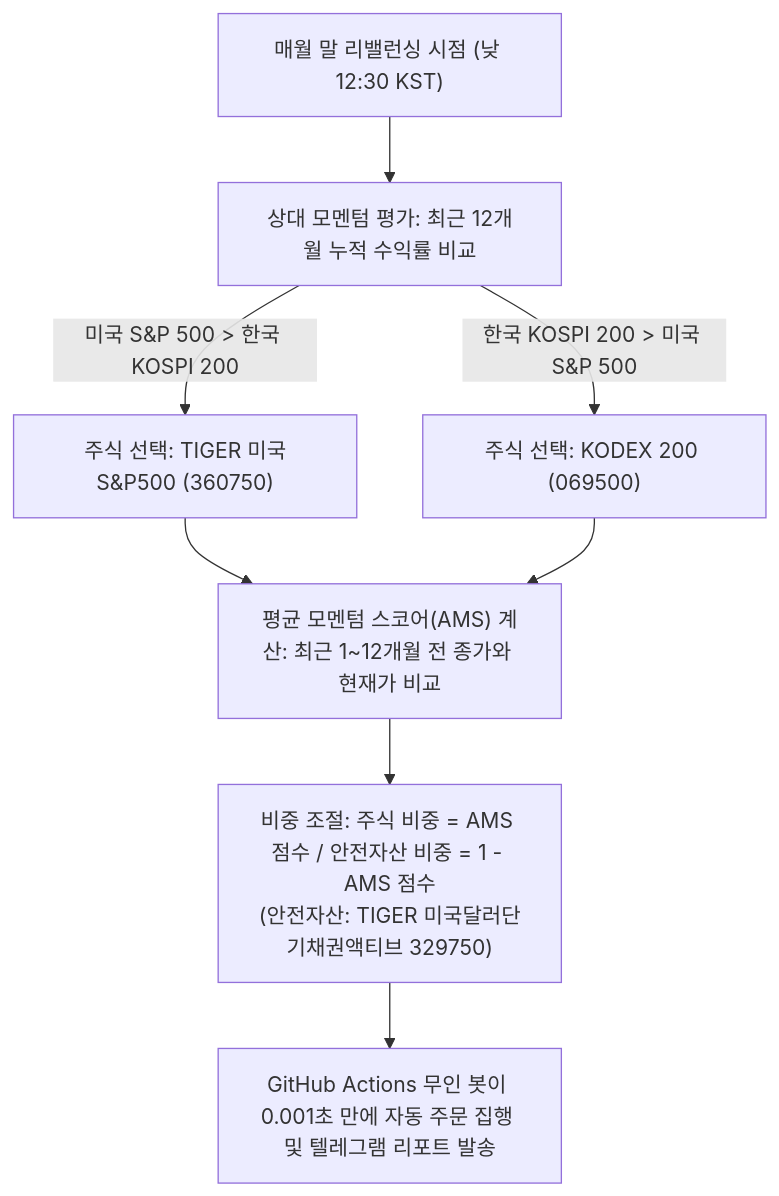
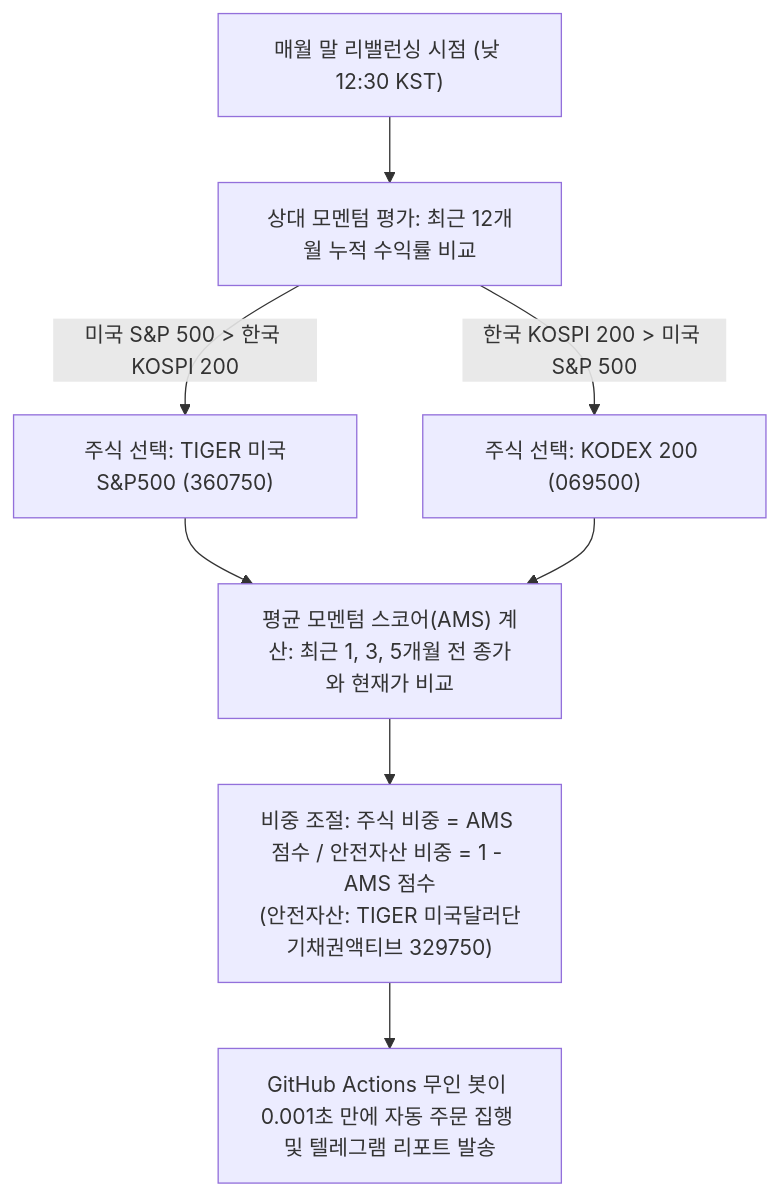
The diagram in retirement_savings_dual_momentum_guide.md (hyh54311-dev/jinhae-admission-system), drawn with Mermaid before and after one commit. The commit also changed other lines of this file, not shown here.

Commit message:
docs: update dual momentum guide (AMS 3-step, 2% cash buffer, keep-alive tip)

````diff
--- a/retirement_savings_dual_momentum_guide.md
+++ b/retirement_savings_dual_momentum_guide.md
@@ -662,10 +662,10 @@
 ```mermaid
 graph TD
     A["매월 말 리밸런싱 시점 (낮 12:30 KST)"] --> B["상대 모멘텀 평가: 최근 12개월 누적 수익률 비교"]
     B -- "미국 S&P 500 > 한국 KOSPI 200" --> C["주식 선택: TIGER 미국S&P500 (360750)"]
     B -- "한국 KOSPI 200 > 미국 S&P 500" --> D["주식 선택: KODEX 200 (069500)"]
-    C --> E["평균 모멘텀 스코어(AMS) 계산: 최근 1~12개월 전 종가와 현재가 비교"]
+    C --> E["평균 모멘텀 스코어(AMS) 계산: 최근 1, 3, 5개월 전 종가와 현재가 비교"]
     D --> E
     E --> F["비중 조절: 주식 비중 = AMS 점수 / 안전자산 비중 = 1 - AMS 점수<br>(안전자산: TIGER 미국달러단기채권액티브 329750)"]
     F --> G["GitHub Actions 무인 봇이 0.001초 만에 자동 주문 집행 및 텔레그램 리포트 발송"]
 ```
````
